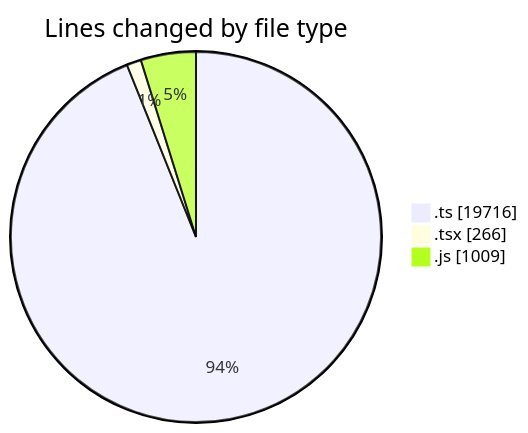
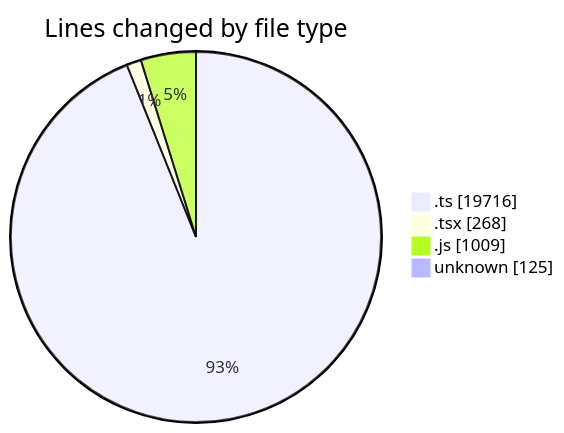
The first of 2 diagrams in 2026-09-18/cda/README.md (momahboobian/code-tracking), drawn with Mermaid before and after one commit. The commit also changed other lines of this file and 1 other file, not shown here.

````diff
--- a/2026-09-18/cda/README.md
+++ b/2026-09-18/cda/README.md
@@ -28,7 +29,8 @@
 ```mermaid
 pie showData
 title Lines changed by file type
 ".ts" : 19716
-".tsx" : 266
+".tsx" : 268
 ".js" : 1009
+"unknown" : 125
 ```
````
